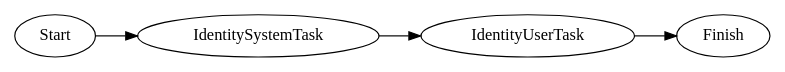
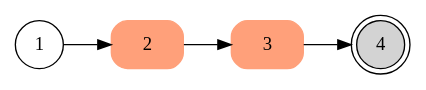
The diagram in blueprint_example.gv (imagure/graphviz_workflow_python), drawn with Graphviz before and after one commit. The commit also changed 10 other files, not shown here.

```diff
--- a/blueprint_example.gv
+++ b/blueprint_example.gv
@@ -1,10 +1,10 @@
 digraph blueprint_example {
-	rankdir=LR size="8,5"
-	Start
-	IdentitySystemTask
-	IdentityUserTask
-	Finish
-	Start -> IdentitySystemTask
-	IdentitySystemTask -> IdentityUserTask
-	IdentityUserTask -> Finish
+	rankdir=LR size="8,0"
+	1 [shape=circle]
+	2 [color=lightsalmon shape=box style="rounded, filled"]
+	3 [color=lightsalmon shape=box style="rounded, filled"]
+	4 [shape=doublecircle style=filled]
+	1 -> 2
+	2 -> 3
+	3 -> 4
 }
```
